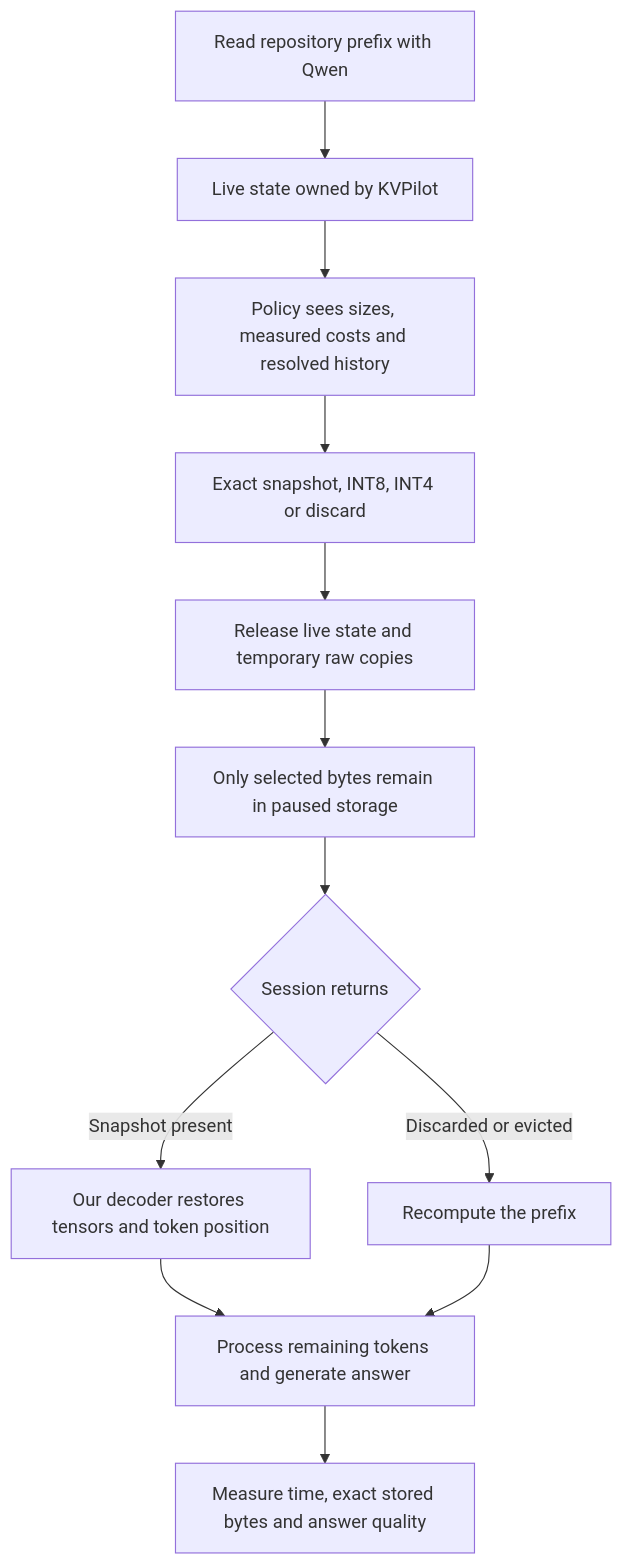
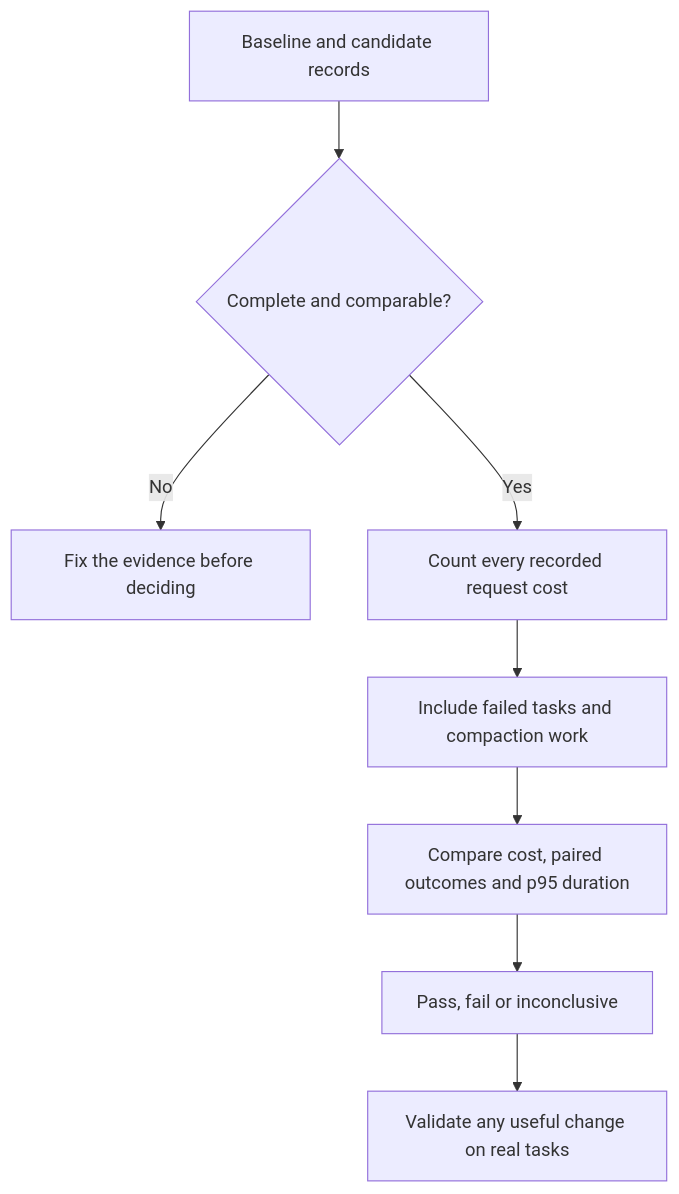
One commit to Harshelite2503/kvpilot changed the second of 2 diagrams in README.md. Above: the diagram before and after it, drawn with Mermaid. The commit also changed other lines of this file and 20 other files, not shown here.

Commit message:
Add local context-cost audits and paired regression gates

````diff
--- a/README.md
+++ b/README.md
@@ -113,14 +80,10 @@
 ```mermaid
 flowchart TD
-    A["Read repository prefix with Qwen"] --> B["Live state owned by KVPilot"]
-    B --> C["Policy sees sizes, measured costs and resolved history"]
-    C --> D["Exact snapshot, INT8, INT4 or discard"]
-    D --> E["Release live state and temporary raw copies"]
-    E --> F["Only selected bytes remain in paused storage"]
-    F --> G{"Session returns"}
-    G -->|"Snapshot present"| H["Our decoder restores tensors and token position"]
-    G -->|"Discarded or evicted"| I["Recompute the prefix"]
-    H --> J["Process remaining tokens and generate answer"]
-    I --> J
-    J --> K["Measure time, exact stored bytes and answer quality"]
+    A["Baseline and candidate records"] --> B{"Complete and comparable?"}
+    B -->|"No"| C["Fix the evidence before deciding"]
+    B -->|"Yes"| D["Count every recorded request cost"]
+    D --> E["Include failed tasks and compaction work"]
+    E --> F["Compare cost, paired outcomes and p95 duration"]
+    F --> G["Pass, fail or inconclusive"]
+    G --> H["Validate any useful change on real tasks"]
 ```
````
